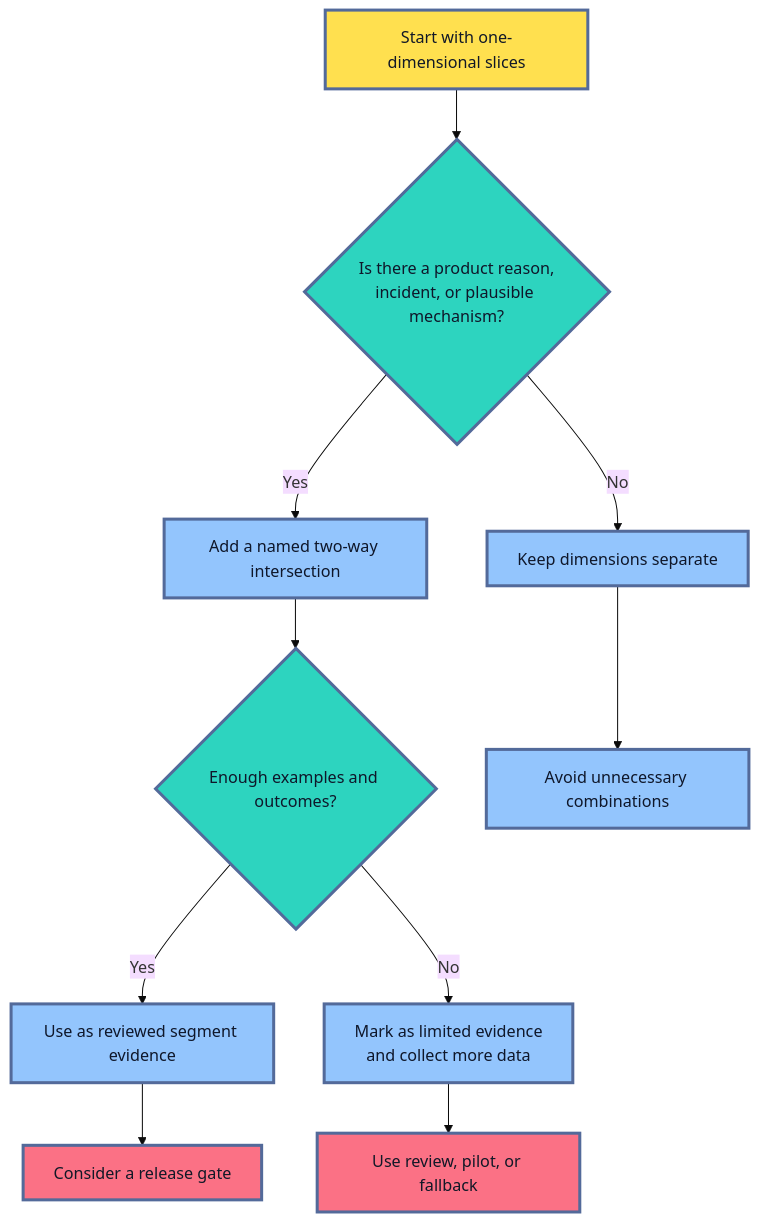
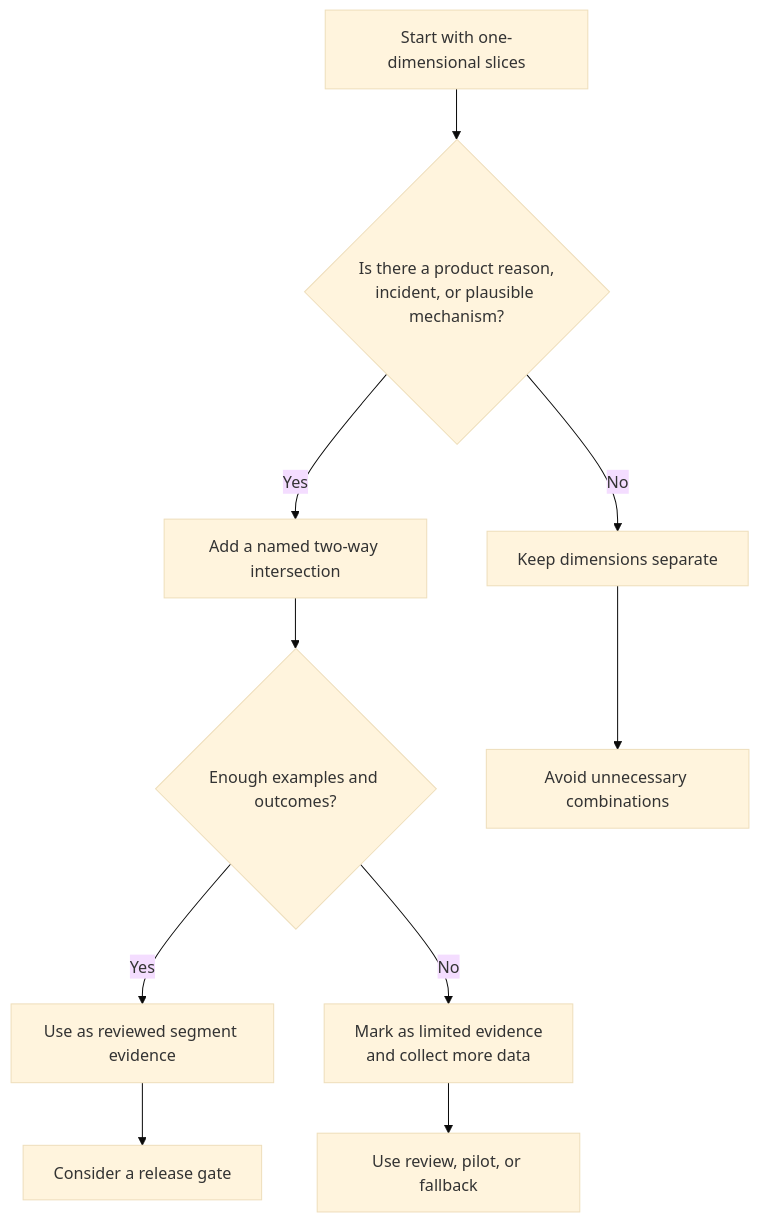
The fifth of 12 diagrams in roadmaps/mlops/modules/model-evaluation/production-readiness/01-segment-evaluation-edge-cases.md (senlinyy/dev-roadmaps), drawn with Mermaid (base theme) before and after one commit. The commit also changed other lines of this file and 152 other files, not shown here.

Commit message:
feat: mlops and diagrams updated

````diff
--- a/roadmaps/mlops/modules/model-evaluation/production-readiness/01-segment-evaluation-edge-cases.md
+++ b/roadmaps/mlops/modules/model-evaluation/production-readiness/01-segment-evaluation-edge-cases.md
@@ -325,21 +314,17 @@
 ```mermaid
 flowchart TD
     A["Start with one-dimensional slices"] --> B{"Is there a product reason,<br/>incident, or plausible mechanism?"}
     B -->|"Yes"| C["Add a named two-way intersection"]
     B -->|"No"| D["Keep dimensions separate"]
     C --> E{"Enough examples and outcomes?"}
     E -->|"Yes"| F["Use as reviewed segment evidence"]
     E -->|"No"| G["Mark as limited evidence<br/>and collect more data"]
     F --> H["Consider a release gate"]
     G --> I["Use review, pilot, or fallback"]
     D --> J["Avoid unnecessary combinations"]
 
-    classDef start fill:#FFE04F,stroke:#536A9A,stroke-width:3px,color:#111827
-    classDef question fill:#2DD4BF,stroke:#536A9A,stroke-width:3px,color:#0F172A
-    classDef evidence fill:#93C5FD,stroke:#536A9A,stroke-width:3px,color:#0F172A
-    classDef action fill:#FB7185,stroke:#536A9A,stroke-width:3px,color:#111827
     class A start
     class B,E question
     class C,D,F,G,J evidence
     class H,I action
 ```
````
